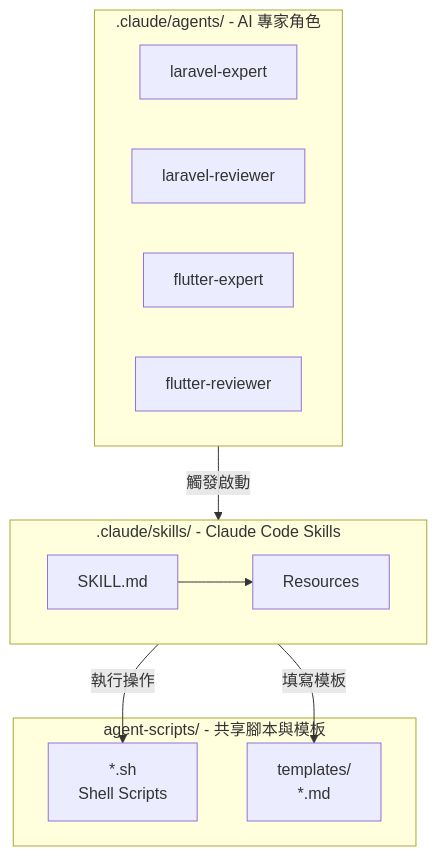
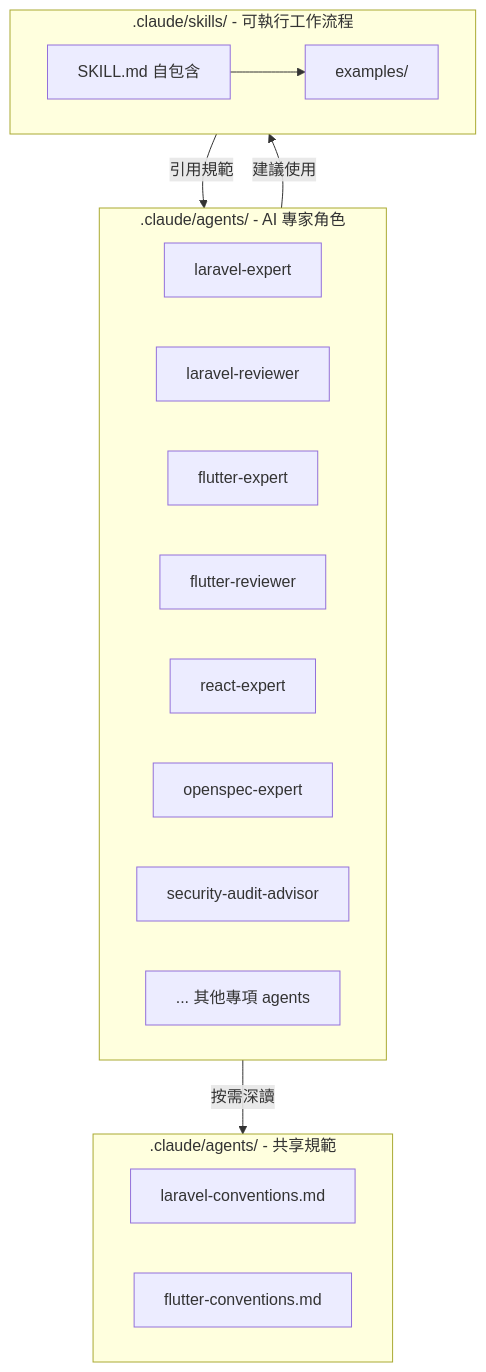
The first of 3 diagrams in README.md (kiddchantw/cc_setting), drawn with Mermaid before and after one commit. The commit also changed other lines of this file, not shown here.

Commit message:
docs(.claude): overhaul README to reflect all 13 agents and 33 skills, remove agent-scripts refs

````diff
--- a/README.md
+++ b/README.md
@@ -90,24 +163,28 @@
 ```mermaid
 graph TB
     subgraph Agents[".claude/agents/ - AI 專家角色"]
         LA[laravel-expert]
         LR[laravel-reviewer]
         FA[flutter-expert]
         FR[flutter-reviewer]
+        RA[react-expert]
+        OA[openspec-expert]
+        SA[security-audit-advisor]
+        Others[... 其他專項 agents]
     end
 
-    subgraph Skills[".claude/skills/ - Claude Code Skills"]
-        SM[SKILL.md]
-        RES[Resources]
-        SM --> RES
+    subgraph Conventions[".claude/agents/ - 共享規範"]
+        LC[laravel-conventions.md]
+        FC[flutter-conventions.md]
     end
 
-    subgraph Scripts["agent-scripts/ - 共享腳本與模板"]
-        SCR["*.sh<br/>Shell Scripts"]
-        TPL["templates/<br/>*.md"]
+    subgraph Skills[".claude/skills/ - 可執行工作流程"]
+        SK[SKILL.md 自包含]
+        EX[examples/]
+        SK --> EX
     end
 
-    Agents -->|觸發啟動| Skills
-    Skills -->|執行操作| SCR
-    Skills -->|填寫模板| TPL
+    Agents -->|按需深讀| Conventions
+    Agents -->|建議使用| Skills
+    Skills -->|引用規範| Agents
 ```
````
